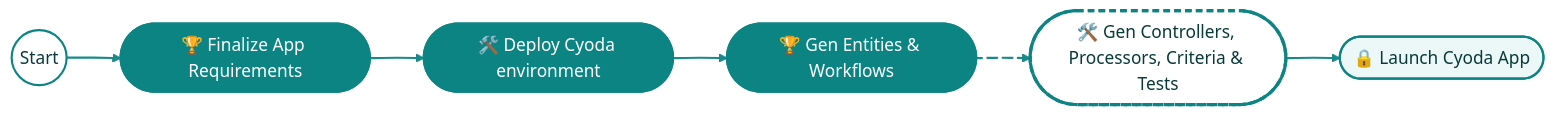
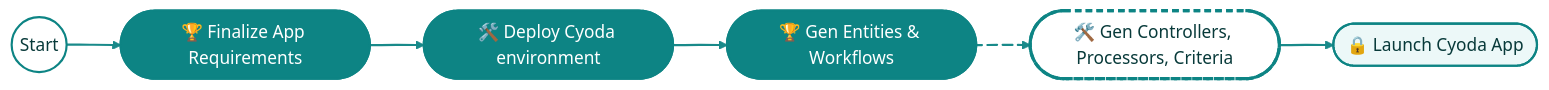
Before and after one commit to Cyoda-platform/ai-assistant: the diagram in workflow_configs/messages/notify_prototype_generation_0000/message.md, drawn with Mermaid. The commit also changed 75 other files, not shown here.

````diff
--- a/workflow_configs/messages/notify_prototype_generation_0000/message.md
+++ b/workflow_configs/messages/notify_prototype_generation_0000/message.md
@@ -4,22 +4,22 @@
 ```mermaid
 %%{init: {'theme':'base','themeVariables':{
   'primaryColor':'#ECF8F8','primaryTextColor':'#083A3A','primaryBorderColor':'#0D8484',
   'lineColor':'#0D8484','fontFamily':'Inter, Arial, sans-serif','edgeLabelBackground':'#FFFFFF'
 }}}%%
 graph LR
     S((Start)):::start ==> A([🏆 Finalize App Requirements]):::done
     A e1@ ==> B([🛠️ Deploy Cyoda environment]):::done
     B e2@ ==> C([🏆 Gen Entities & Workflows]):::done
-    C e3@ ==> D([🛠️ Gen Controllers, Processors, Criteria & Tests]):::next
+    C e3@ ==> D([🛠️ Gen Controllers, Processors, Criteria]):::next
     D e4@ ==> E([🔒 Launch Cyoda App]):::bar
 
     %% animate handoff to next step (D)
     e3@{ animate: true }
 
     classDef start fill:#FFFFFF,stroke:#0D8484,stroke-width:2px,color:#083A3A
     classDef bar   fill:#ECF8F8,stroke:#0D8484,stroke-width:2px,rx:12,ry:12,color:#083A3A
     classDef done  fill:#0D8484,stroke:#0D8484,stroke-width:2px,rx:12,ry:12,color:#FFFFFF
     classDef next  fill:#FFFFFF,stroke:#0D8484,stroke-width:3px,stroke-dasharray:6 4,rx:12,ry:12,color:#083A3A
     linkStyle default stroke:#0D8484,stroke-width:2px,opacity:0.95
 
 ```
````
